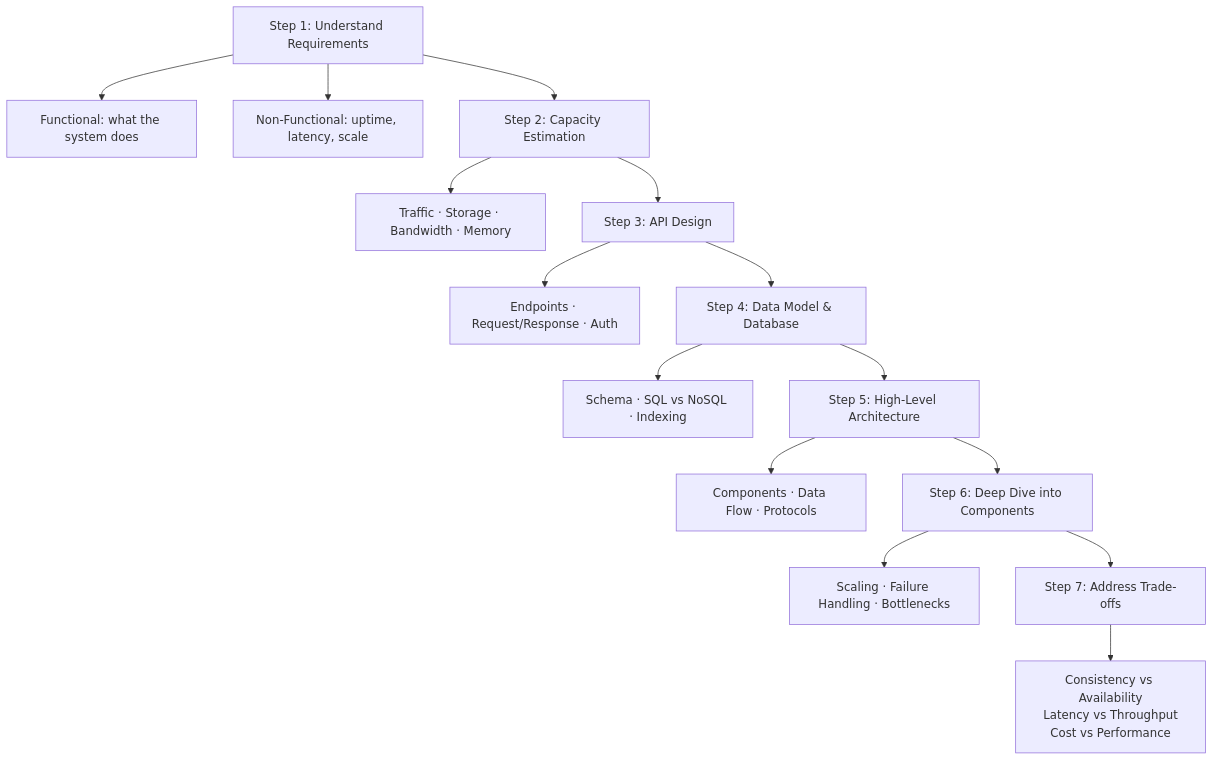
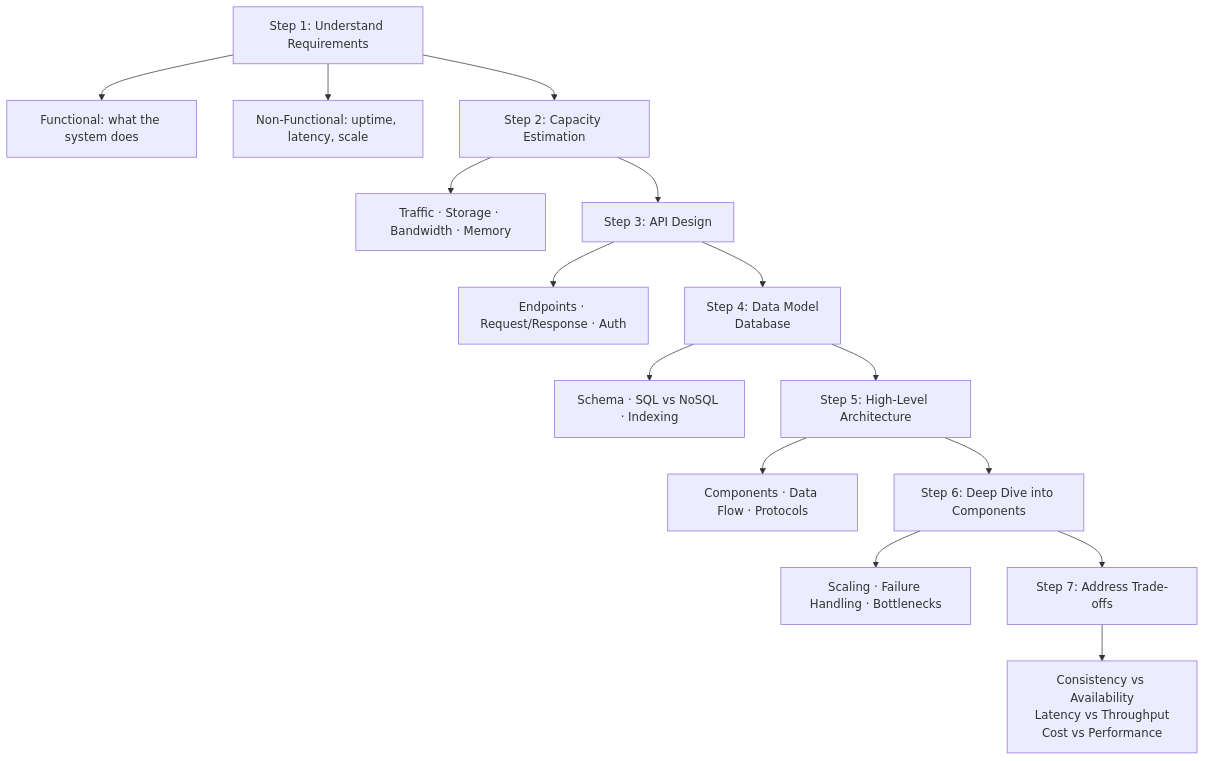
The third of 6 diagrams in 01-fundamentals/01-what-is-system-design.md (shivaram0583/system-design), drawn with Mermaid before and after one commit. The commit also changed other lines of this file and 118 other files, not shown here.

````diff
--- a/01-fundamentals/01-what-is-system-design.md
+++ b/01-fundamentals/01-what-is-system-design.md
@@ -118,27 +121,28 @@
 ```mermaid
 flowchart TD
     S1["Step 1: Understand Requirements"]
     S1a["Functional: what the system does"]
     S1b["Non-Functional: uptime, latency, scale"]
     S2["Step 2: Capacity Estimation"]
     S2a["Traffic · Storage · Bandwidth · Memory"]
     S3["Step 3: API Design"]
     S3a["Endpoints · Request/Response · Auth"]
-    S4["Step 4: Data Model & Database"]
+    S4["Step 4: Data Model
+    Database"]
     S4a["Schema · SQL vs NoSQL · Indexing"]
     S5["Step 5: High-Level Architecture"]
     S5a["Components · Data Flow · Protocols"]
     S6["Step 6: Deep Dive into Components"]
     S6a["Scaling · Failure Handling · Bottlenecks"]
     S7["Step 7: Address Trade-offs"]
     S7a["Consistency vs Availability<br/>Latency vs Throughput<br/>Cost vs Performance"]
 
     S1 --> S1a
     S1 --> S1b
     S1 --> S2 --> S2a
     S2 --> S3 --> S3a
     S3 --> S4 --> S4a
     S4 --> S5 --> S5a
     S5 --> S6 --> S6a
     S6 --> S7 --> S7a
 ```
````
